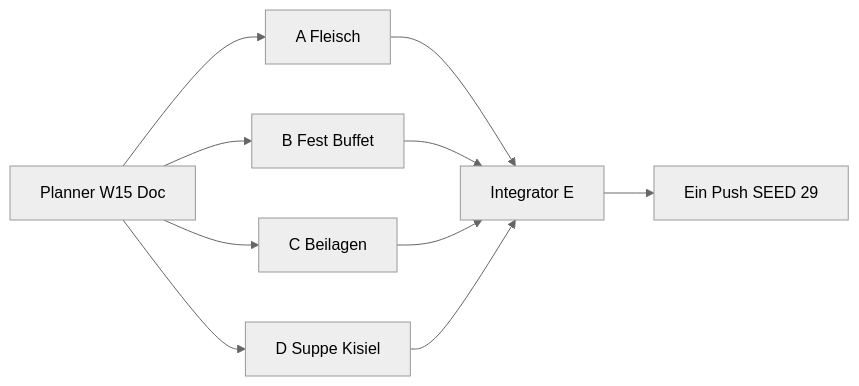
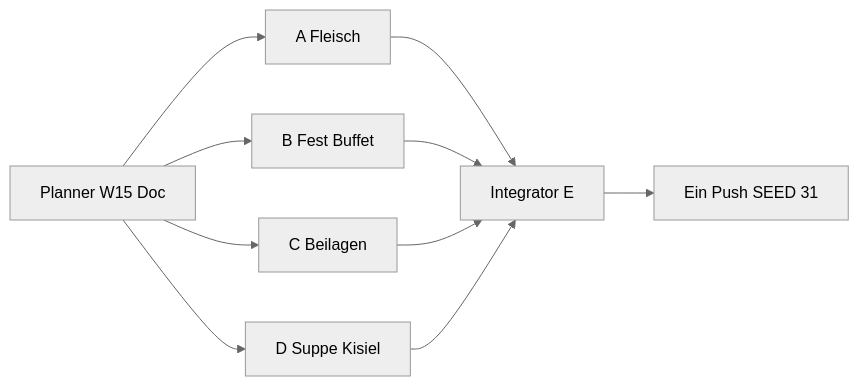
The diagram in content/wave-15-plan.md (Eventversicherung/rezeptePL), drawn with Mermaid (neutral theme) before and after one commit. The commit also changed other lines of this file and 20 other files, not shown here.

````diff
--- a/content/wave-15-plan.md
+++ b/content/wave-15-plan.md
@@ -128,12 +128,12 @@
 ```mermaid
 flowchart LR
   P[Planner W15 Doc] --> A[A Fleisch]
   P --> B[B Fest Buffet]
   P --> C[C Beilagen]
   P --> D[D Suppe Kisiel]
   A --> E[Integrator E]
   B --> E
   C --> E
   D --> E
-  E --> Push[Ein Push SEED 29]
+  E --> Push[Ein Push SEED 31]
 ```
````
